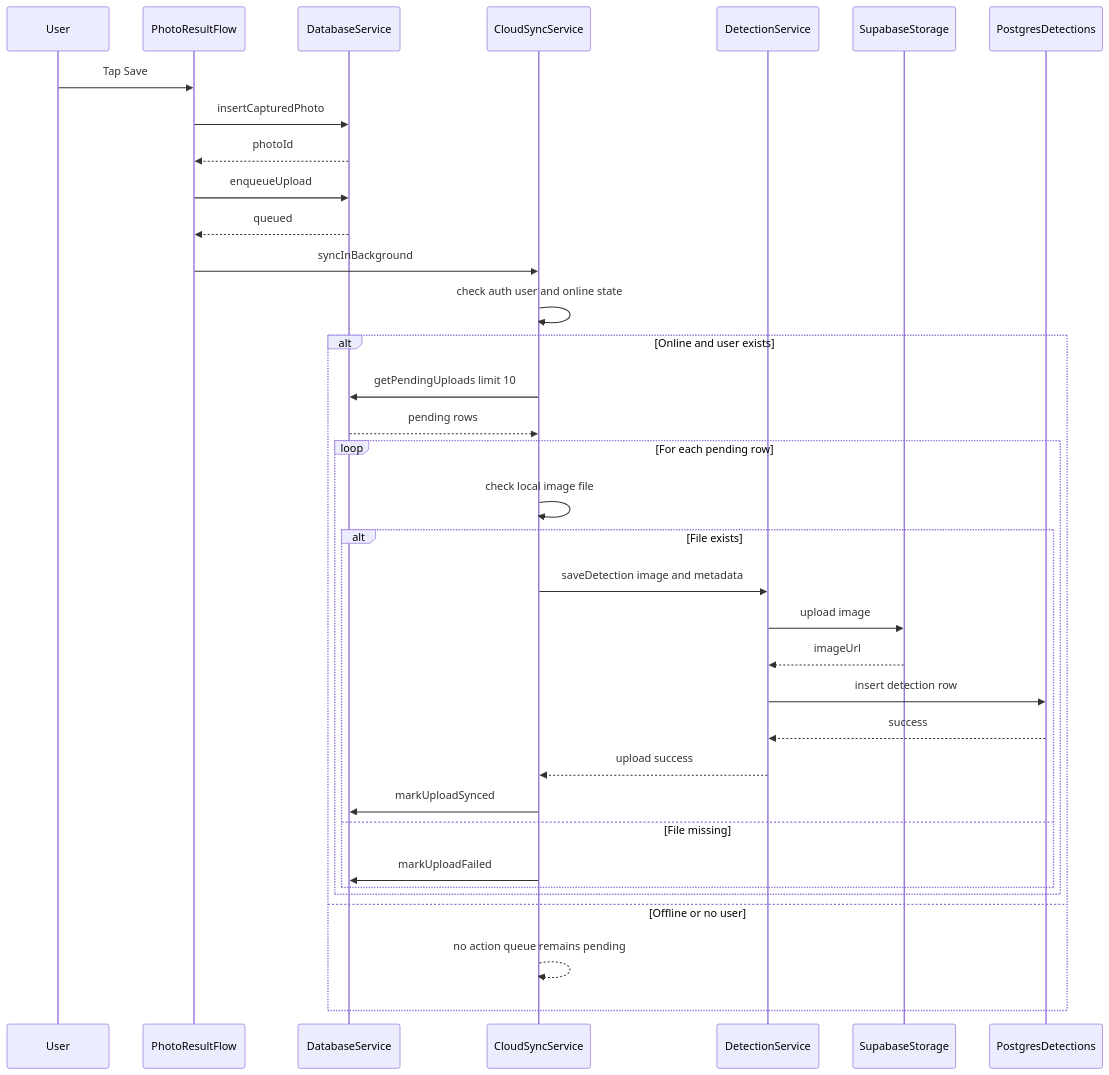
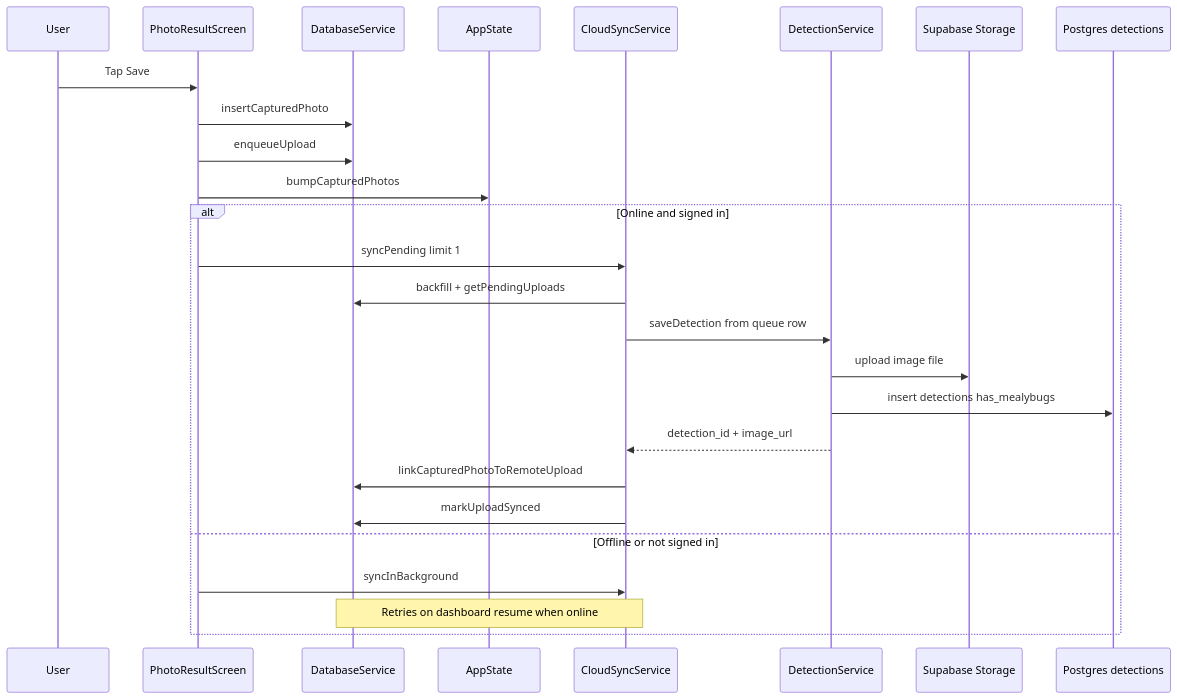
Before and after one commit to janrafael29/PINE: the diagram in docs/diagrams/sequence_sync.mmd, drawn with Mermaid. The commit also changed 117 other files, not shown here.

```diff
--- a/docs/diagrams/sequence_sync.mmd
+++ b/docs/diagrams/sequence_sync.mmd
@@ -1,37 +1,27 @@
 sequenceDiagram
     participant User
-    participant PR as PhotoResultFlow
+    participant PRS as PhotoResultScreen
     participant DBS as DatabaseService
+    participant AS as AppState
     participant CTS as CloudSyncService
     participant RDS as DetectionService
-    participant ST as SupabaseStorage
-    participant PG as PostgresDetections
+    participant ST as Supabase Storage
+    participant PG as Postgres detections
 
-    User->>PR: Tap Save
-    PR->>DBS: insertCapturedPhoto
-    DBS-->>PR: photoId
-    PR->>DBS: enqueueUpload
-    DBS-->>PR: queued
-    PR->>CTS: syncInBackground
-
-    CTS->>CTS: check auth user and online state
-    alt Online and user exists
-        CTS->>DBS: getPendingUploads limit 10
-        DBS-->>CTS: pending rows
-        loop For each pending row
-            CTS->>CTS: check local image file
-            alt File exists
-                CTS->>RDS: saveDetection image and metadata
-                RDS->>ST: upload image
-                ST-->>RDS: imageUrl
-                RDS->>PG: insert detection row
-                PG-->>RDS: success
-                RDS-->>CTS: upload success
-                CTS->>DBS: markUploadSynced
-            else File missing
-                CTS->>DBS: markUploadFailed
-            end
-        end
-    else Offline or no user
-        CTS-->>CTS: no action queue remains pending
+    User->>PRS: Tap Save
+    PRS->>DBS: insertCapturedPhoto
+    PRS->>DBS: enqueueUpload
+    PRS->>AS: bumpCapturedPhotos
+    alt Online and signed in
+        PRS->>CTS: syncPending limit 1
+        CTS->>DBS: backfill + getPendingUploads
+        CTS->>RDS: saveDetection from queue row
+        RDS->>ST: upload image file
+        RDS->>PG: insert detections has_mealybugs
+        RDS-->>CTS: detection_id + image_url
+        CTS->>DBS: linkCapturedPhotoToRemoteUpload
+        CTS->>DBS: markUploadSynced
+    else Offline or not signed in
+        PRS->>CTS: syncInBackground
+        Note over CTS,DBS: Retries on dashboard resume when online
     end
```
